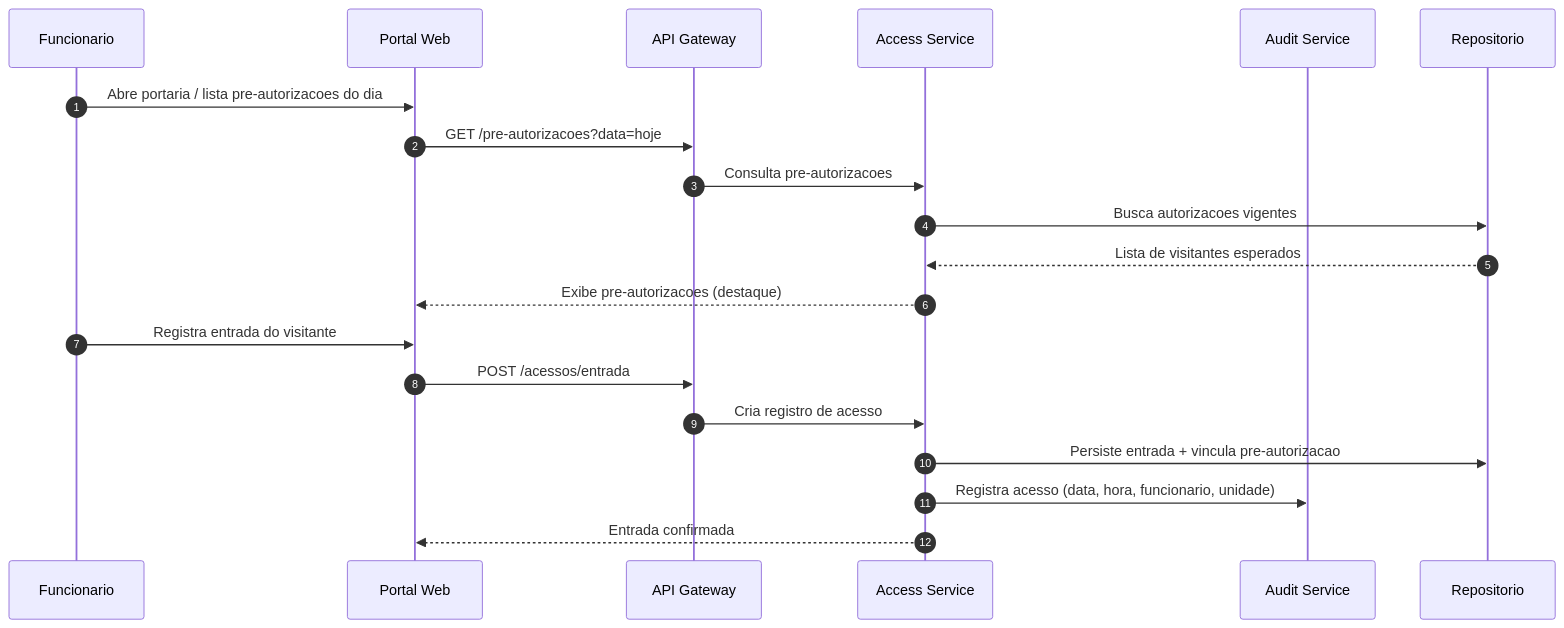
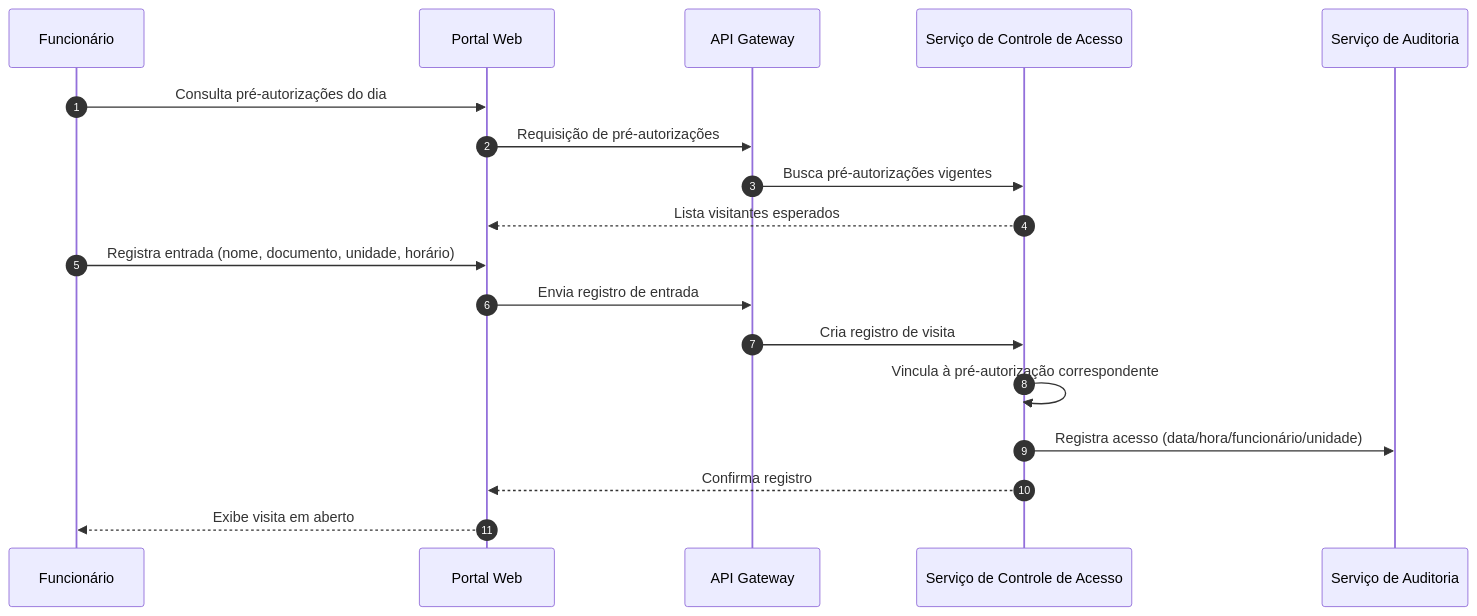
One commit to PDC-ESIA/AI4ES changed the fourth of 4 diagrams in docs/Time_2_Design/analise-qualitativa/outputs/relatorio_claude_opus_4_8_M04.md. Above: the diagram before and after it, drawn with Mermaid. The commit also changed other lines of this file and 93 other files, not shown here.

````diff
--- a/docs/Time_2_Design/analise-qualitativa/outputs/relatorio_claude_opus_4_8_M04.md
+++ b/docs/Time_2_Design/analise-qualitativa/outputs/relatorio_claude_opus_4_8_M04.md
@@ -171,23 +164,21 @@
 ```mermaid
 sequenceDiagram
     autonumber
-    participant F as Funcionario
+    participant F as Funcionário
     participant P as Portal Web
     participant G as API Gateway
-    participant AC as Access Service
-    participant Au as Audit Service
-    participant DB as Repositorio
+    participant AC as Serviço de Controle de Acesso
+    participant AU as Serviço de Auditoria
 
-    F->>P: Abre portaria / lista pre-autorizacoes do dia
-    P->>G: GET /pre-autorizacoes?data=hoje
-    G->>AC: Consulta pre-autorizacoes
-    AC->>DB: Busca autorizacoes vigentes
-    DB-->>AC: Lista de visitantes esperados
-    AC-->>P: Exibe pre-autorizacoes (destaque)
-    F->>P: Registra entrada do visitante
-    P->>G: POST /acessos/entrada
-    G->>AC: Cria registro de acesso
-    AC->>DB: Persiste entrada + vincula pre-autorizacao
-    AC->>Au: Registra acesso (data, hora, funcionario, unidade)
-    AC-->>P: Entrada confirmada
+    F->>P: Consulta pré-autorizações do dia
+    P->>G: Requisição de pré-autorizações
+    G->>AC: Busca pré-autorizações vigentes
+    AC-->>P: Lista visitantes esperados
+    F->>P: Registra entrada (nome, documento, unidade, horário)
+    P->>G: Envia registro de entrada
+    G->>AC: Cria registro de visita
+    AC->>AC: Vincula à pré-autorização correspondente
+    AC->>AU: Registra acesso (data/hora/funcionário/unidade)
+    AC-->>P: Confirma registro
+    P-->>F: Exibe visita em aberto
 ```
````
